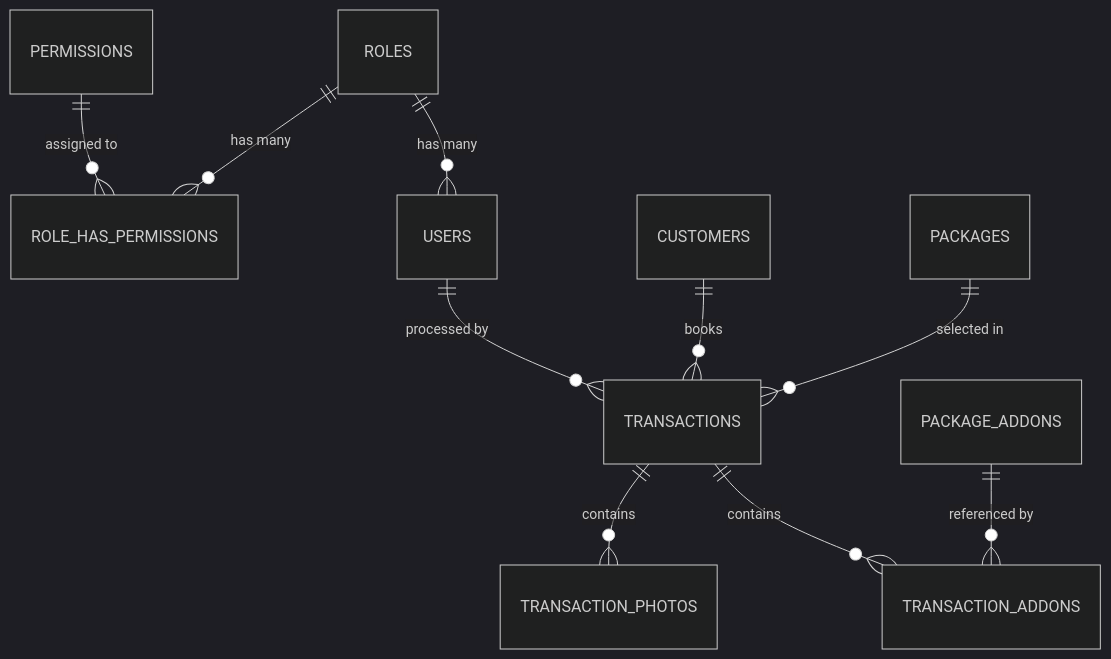
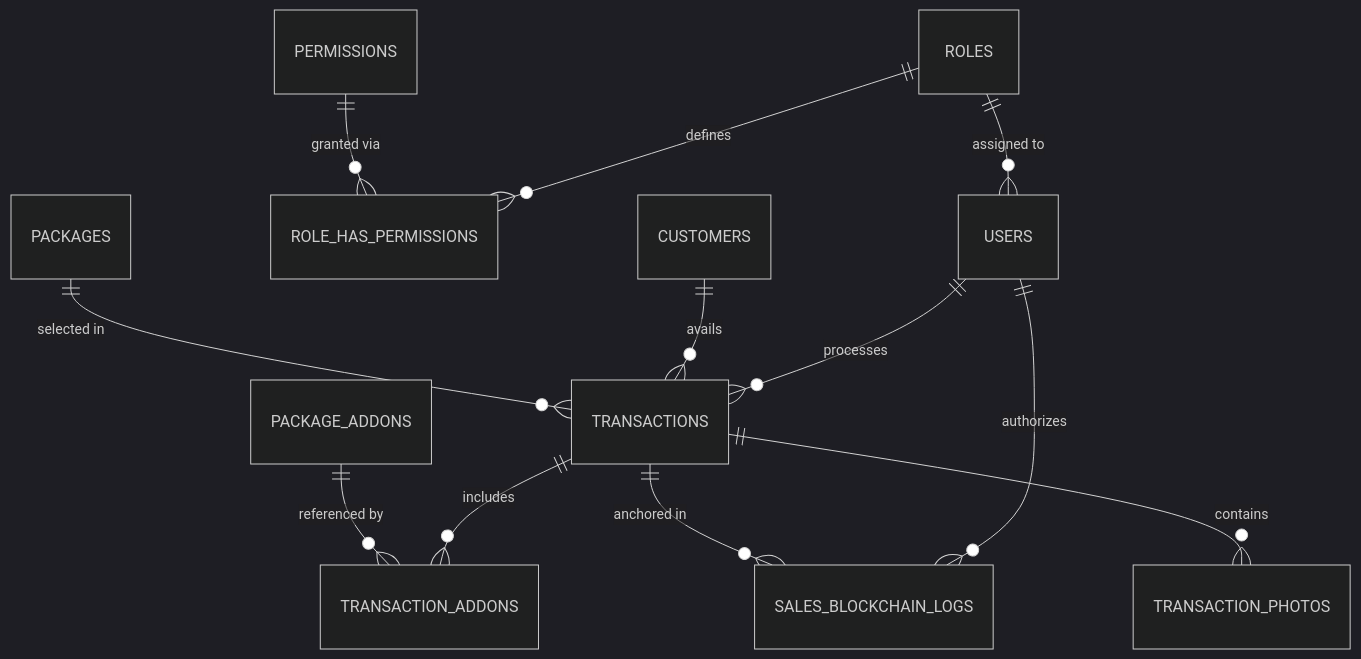
One commit to chestersigua-dev/galadya-photoprint changed the third of 3 diagrams in README.md. Above: the diagram before and after it, drawn with Mermaid (dark theme). The commit also changed other lines of this file and 16 other files, not shown here.

````diff
--- a/README.md
+++ b/README.md
@@ -74,12 +215,19 @@
 ```mermaid
 erDiagram
-    ROLES ||--o{ USERS : "has many"
-    ROLES ||--o{ ROLE_HAS_PERMISSIONS : "has many"
-    PERMISSIONS ||--o{ ROLE_HAS_PERMISSIONS : "assigned to"
-    CUSTOMERS ||--o{ TRANSACTIONS : "books"
+    ROLES ||--o{ USERS : "assigned to"
+    ROLES ||--o{ ROLE_HAS_PERMISSIONS : "defines"
+    PERMISSIONS ||--o{ ROLE_HAS_PERMISSIONS : "granted via"
+    
+    USERS ||--o{ TRANSACTIONS : "processes"
+    USERS ||--o{ SALES_BLOCKCHAIN_LOGS : "authorizes"
+    
+    CUSTOMERS ||--o{ TRANSACTIONS : "avails"
+    
     PACKAGES ||--o{ TRANSACTIONS : "selected in"
-    TRANSACTIONS ||--o{ TRANSACTION_ADDONS : "contains"
+    
+    TRANSACTIONS ||--o{ TRANSACTION_ADDONS : "includes"
     PACKAGE_ADDONS ||--o{ TRANSACTION_ADDONS : "referenced by"
+    
     TRANSACTIONS ||--o{ TRANSACTION_PHOTOS : "contains"
-    USERS ||--o{ TRANSACTIONS : "processed by"
+    TRANSACTIONS ||--o{ SALES_BLOCKCHAIN_LOGS : "anchored in"
 ```
````
